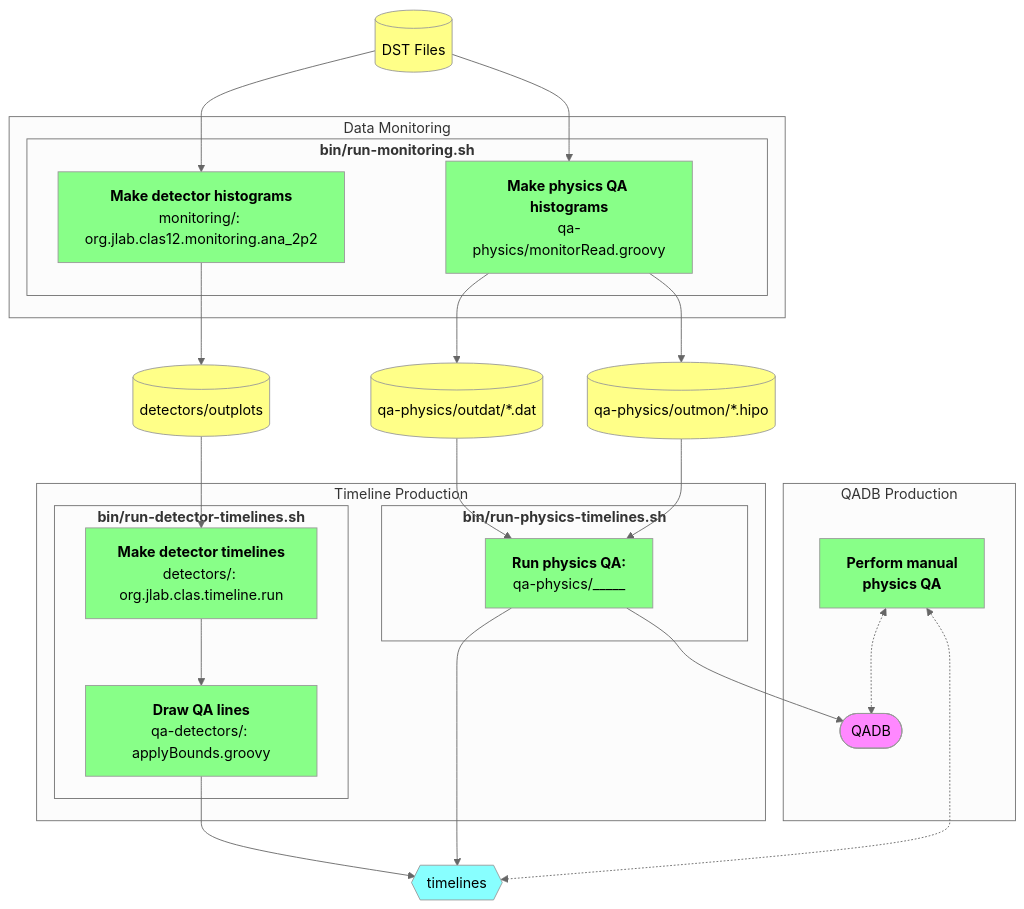
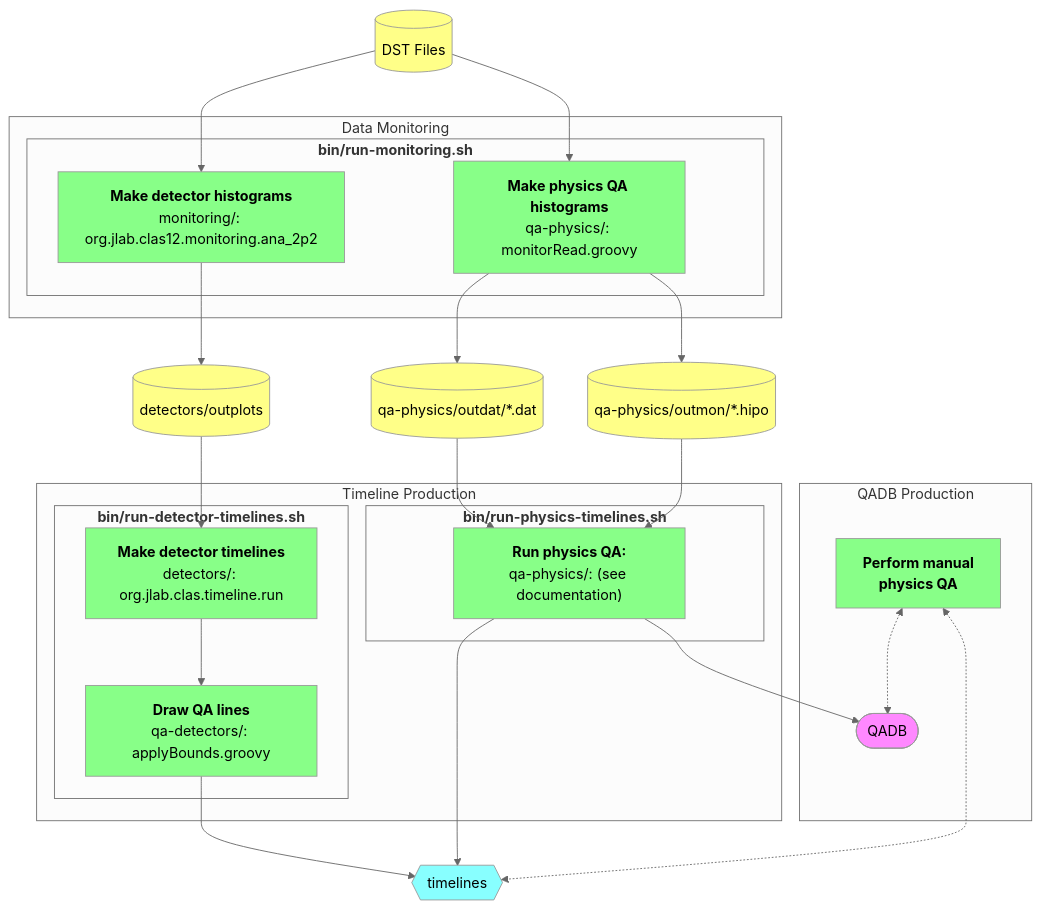
Before and after one commit to JeffersonLab/clas12-timeline: the diagram in README.md, drawn with Mermaid (neutral theme).

Commit message:
modified:   README.md

````diff
--- a/README.md
+++ b/README.md
@@ -65,50 +65,50 @@
 ```mermaid
 flowchart TB
 
     classDef proc     fill:#8f8,color:black
     classDef data     fill:#ff8,color:black
     classDef misc     fill:#f8f,color:black
     classDef timeline fill:#8ff,color:black
 
     dst[(DST Files)]:::data
 
     subgraph Data Monitoring
         subgraph "<strong>bin/run-monitoring.sh</strong>"
             monitorDetectors["<strong>Make detector histograms</strong><br/>monitoring/: org.jlab.clas12.monitoring.ana_2p2"]:::proc
-            monitorPhysics["<strong>Make physics QA histograms</strong><br/>qa-physics/monitorRead.groovy"]:::proc
+            monitorPhysics["<strong>Make physics QA histograms</strong><br/>qa-physics/: monitorRead.groovy"]:::proc
         end
     end
     dst --> monitorDetectors
     dst --> monitorPhysics
 
     monitorDetectors --> outplots[(detectors/outplots)]:::data
     monitorPhysics   --> outdat[(qa-physics/outdat/*.dat)]:::data
     monitorPhysics   --> outmon[(qa-physics/outmon/*.hipo)]:::data
 
     subgraph Timeline Production
         subgraph "<strong>bin/run-detector-timelines.sh</strong>"
             timelineDetectorsPreQA["<strong>Make detector timelines</strong><br/>detectors/: org.jlab.clas.timeline.run"]:::proc
             timelineDetectors["<strong>Draw QA lines</strong><br/>qa-detectors/: applyBounds.groovy"]:::proc
         end
         subgraph "<strong>bin/run-physics-timelines.sh</strong>"
-            timelinePhysics["<strong>Run physics QA:</strong><br/>qa-physics/_____"]:::proc
+            timelinePhysics["<strong>Run physics QA:</strong><br/>qa-physics/: (see documentation)"]:::proc
         end
     end
 
     outplots --> timelineDetectorsPreQA --> timelineDetectors
     outdat   --> timelinePhysics
     outmon   --> timelinePhysics
 
     subgraph QADB Production
         qadb([QADB]):::misc
         manualQA[<strong>Perform manual<br/>physics QA</strong>]:::proc
     end
     
     timelines{{timelines}}:::timeline
 
     timelineDetectors --> timelines
     timelinePhysics   --> timelines
     timelinePhysics   --> qadb
     manualQA <-.-> timelines
     manualQA <-.-> qadb
 ```
````
